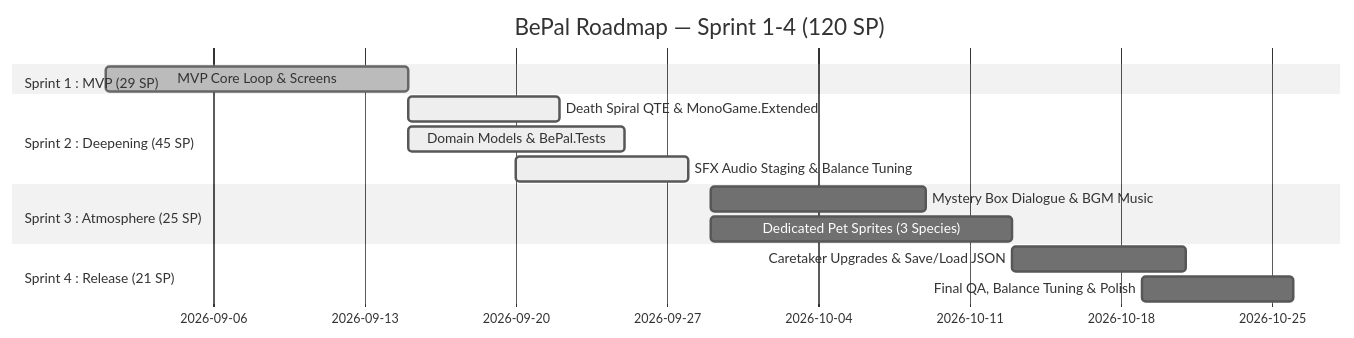
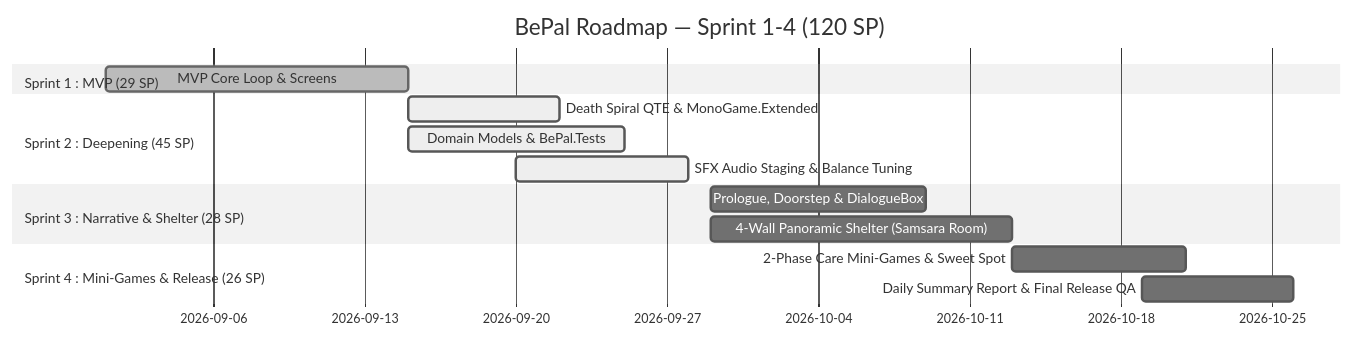
The diagram in BEPAL/Docs/Agile/02-sprint-backlog.md (SShoww/Your-Story), drawn with Mermaid (neutral theme) before and after one commit. The commit also changed other lines of this file and 13 other files, not shown here.

First line of the commit message:
Align docs with 4-wall shelter design

````diff
--- a/BEPAL/Docs/Agile/02-sprint-backlog.md
+++ b/BEPAL/Docs/Agile/02-sprint-backlog.md
@@ -28,17 +28,17 @@
 ```mermaid
 gantt
     title BePal Roadmap — Sprint 1-4 (120 SP)
     dateFormat  YYYY-MM-DD
     section Sprint 1 : MVP (29 SP)
     MVP Core Loop & Screens            :done, s1, 2026-09-01, 14d
     section Sprint 2 : Deepening (45 SP)
     Death Spiral QTE & MonoGame.Extended :active, s2_1, 2026-09-15, 7d
     Domain Models & BePal.Tests        :active, s2_2, 2026-09-15, 10d
     SFX Audio Staging & Balance Tuning :active, s2_3, 2026-09-20, 8d
-    section Sprint 3 : Atmosphere (25 SP)
-    Mystery Box Dialogue & BGM Music   :s3_1, 2026-09-29, 10d
-    Dedicated Pet Sprites (3 Species)  :s3_2, 2026-09-29, 14d
-    section Sprint 4 : Release (21 SP)
-    Caretaker Upgrades & Save/Load JSON:s4_1, 2026-10-13, 8d
-    Final QA, Balance Tuning & Polish  :s4_2, 2026-10-19, 7d
+    section Sprint 3 : Narrative & Shelter (28 SP)
+    Prologue, Doorstep & DialogueBox   :s3_1, 2026-09-29, 10d
+    4-Wall Panoramic Shelter (Samsara Room):s3_2, 2026-09-29, 14d
+    section Sprint 4 : Mini-Games & Release (26 SP)
+    2-Phase Care Mini-Games & Sweet Spot:s4_1, 2026-10-13, 8d
+    Daily Summary Report & Final Release QA:s4_2, 2026-10-19, 7d
 ```
````
